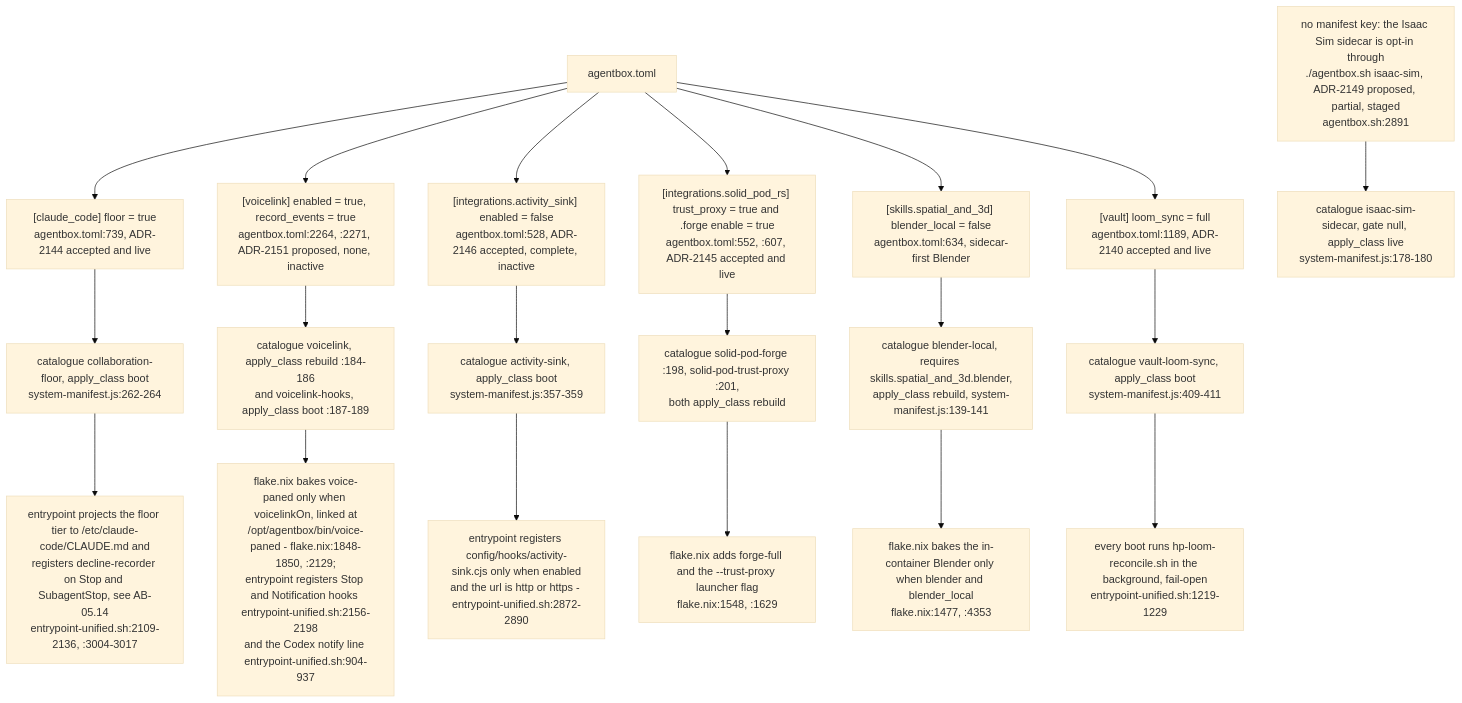
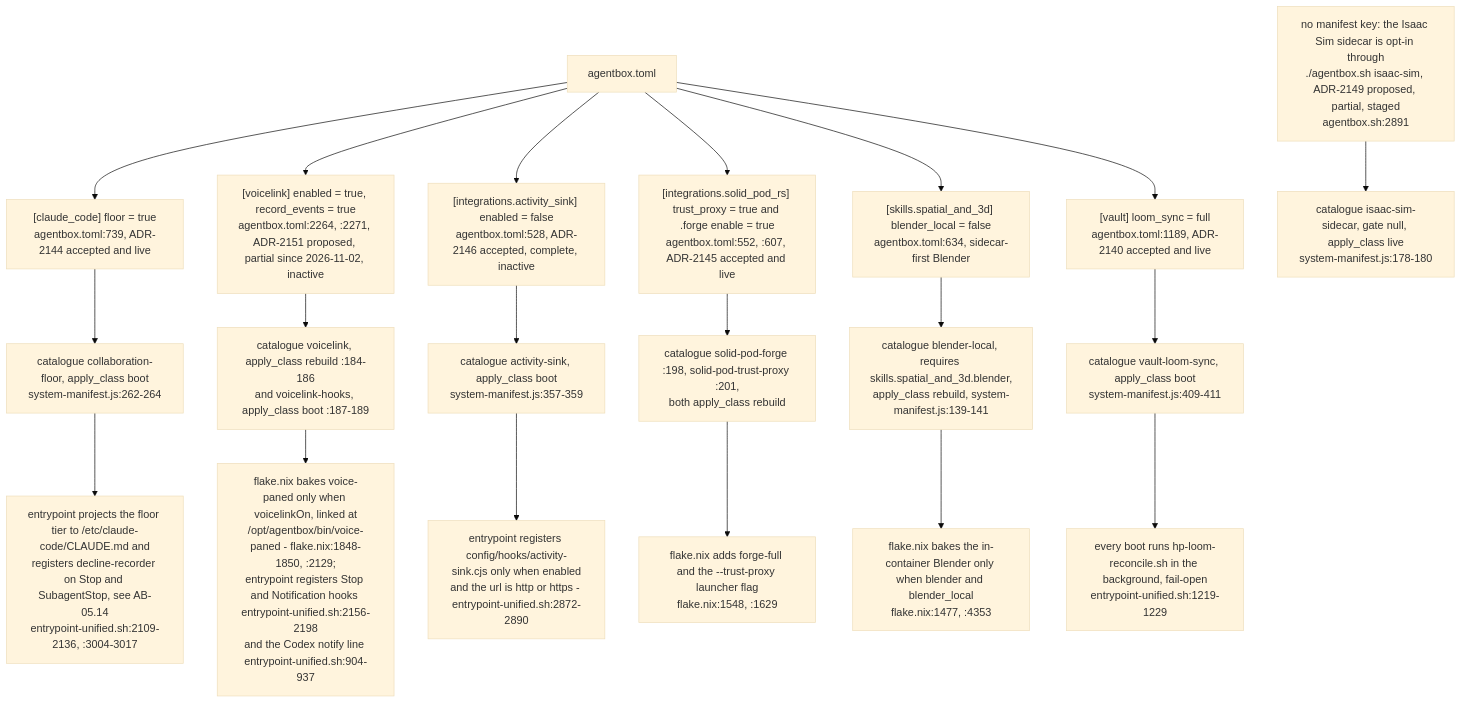
Diagram 16 of 16 in docs/diagrams/agentbox/05-manifest-gates-and-cli.md (DreamLab-AI/VisionFlow), drawn with Mermaid (base theme) before and after one commit. The commit also changed other lines of this file and 10 other files, not shown here.

First line of the commit message:
docs(diagrams): re-stamp AB-01/05/08/27/28 at agentbox 5a6c165 — ADR-2151 now partial

````diff
--- a/docs/diagrams/agentbox/05-manifest-gates-and-cli.md
+++ b/docs/diagrams/agentbox/05-manifest-gates-and-cli.md
@@ -587,26 +587,26 @@
 ```mermaid
 flowchart TB
     TOML["agentbox.toml"]
     TOML --> G1["[claude_code] floor = true<br/>agentbox.toml:739, ADR-2144 accepted and live"]
-    TOML --> G2["[voicelink] enabled = true, record_events = true<br/>agentbox.toml:2264, :2271, ADR-2151 proposed, none, inactive"]
+    TOML --> G2["[voicelink] enabled = true, record_events = true<br/>agentbox.toml:2264, :2271, ADR-2151 proposed, partial since 2026-11-02, inactive"]
     TOML --> G3["[integrations.activity_sink] enabled = false<br/>agentbox.toml:528, ADR-2146 accepted, complete, inactive"]
     TOML --> G4["[integrations.solid_pod_rs] trust_proxy = true and .forge enable = true<br/>agentbox.toml:552, :607, ADR-2145 accepted and live"]
     TOML --> G5["[skills.spatial_and_3d] blender_local = false<br/>agentbox.toml:634, sidecar-first Blender"]
     TOML --> G6["[vault] loom_sync = full<br/>agentbox.toml:1189, ADR-2140 accepted and live"]
     NOKEY["no manifest key: the Isaac Sim sidecar is opt-in through<br/>./agentbox.sh isaac-sim, ADR-2149 proposed, partial, staged<br/>agentbox.sh:2891"]
 
     G1 --> C1["catalogue collaboration-floor, apply_class boot<br/>system-manifest.js:262-264"]
     G2 --> C2["catalogue voicelink, apply_class rebuild :184-186<br/>and voicelink-hooks, apply_class boot :187-189"]
     G3 --> C3["catalogue activity-sink, apply_class boot<br/>system-manifest.js:357-359"]
     G4 --> C4["catalogue solid-pod-forge :198, solid-pod-trust-proxy :201,<br/>both apply_class rebuild"]
     G5 --> C5["catalogue blender-local, requires skills.spatial_and_3d.blender,<br/>apply_class rebuild, system-manifest.js:139-141"]
     G6 --> C6["catalogue vault-loom-sync, apply_class boot<br/>system-manifest.js:409-411"]
     NOKEY --> C7["catalogue isaac-sim-sidecar, gate null, apply_class live<br/>system-manifest.js:178-180"]
 
     C1 --> B1["entrypoint projects the floor tier to /etc/claude-code/CLAUDE.md and<br/>registers decline-recorder on Stop and SubagentStop, see AB-05.14<br/>entrypoint-unified.sh:2109-2136, :3004-3017"]
     C2 --> B2["flake.nix bakes voice-paned only when voicelinkOn, linked at<br/>/opt/agentbox/bin/voice-paned - flake.nix:1848-1850, :2129;<br/>entrypoint registers Stop and Notification hooks entrypoint-unified.sh:2156-2198<br/>and the Codex notify line entrypoint-unified.sh:904-937"]
     C3 --> B3["entrypoint registers config/hooks/activity-sink.cjs only when enabled<br/>and the url is http or https - entrypoint-unified.sh:2872-2890"]
     C4 --> B4["flake.nix adds forge-full and the --trust-proxy launcher flag<br/>flake.nix:1548, :1629"]
     C5 --> B5["flake.nix bakes the in-container Blender only when blender and blender_local<br/>flake.nix:1477, :4353"]
     C6 --> B6["every boot runs hp-loom-reconcile.sh in the background, fail-open<br/>entrypoint-unified.sh:1219-1229"]
 ```
````
